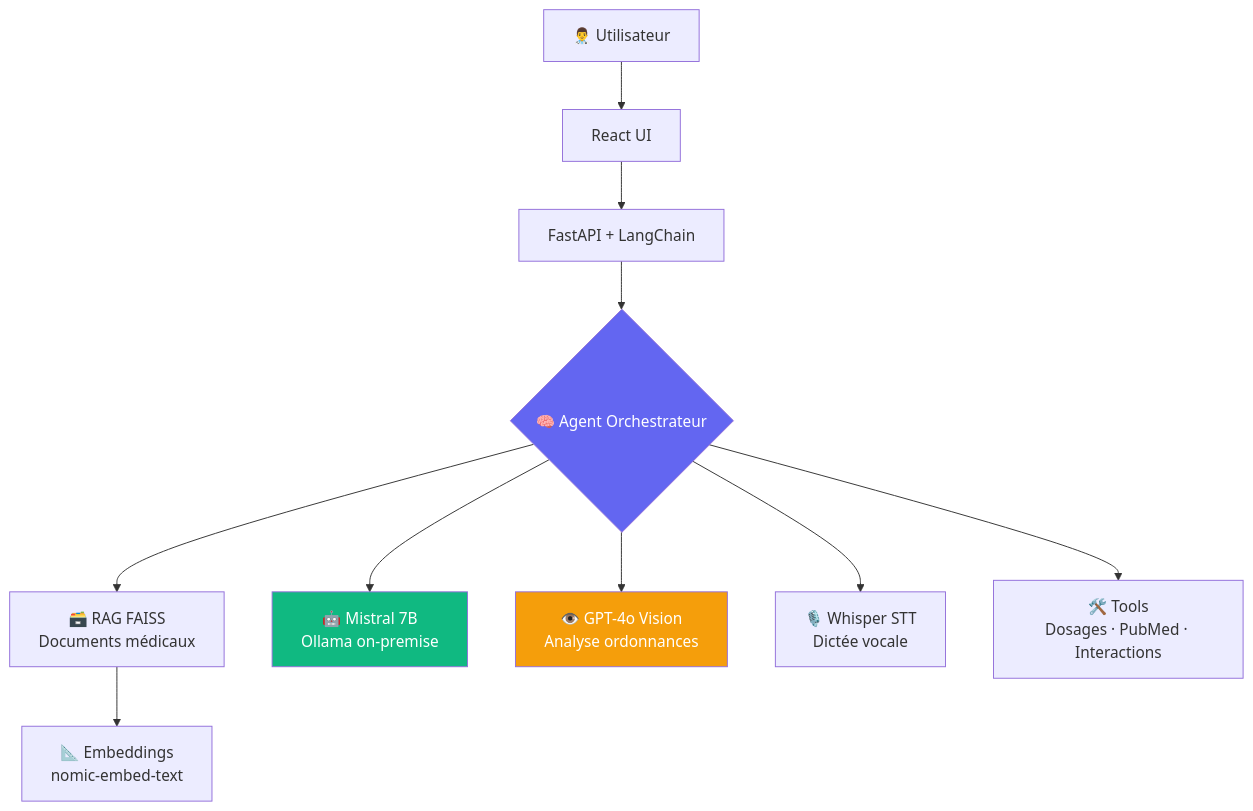
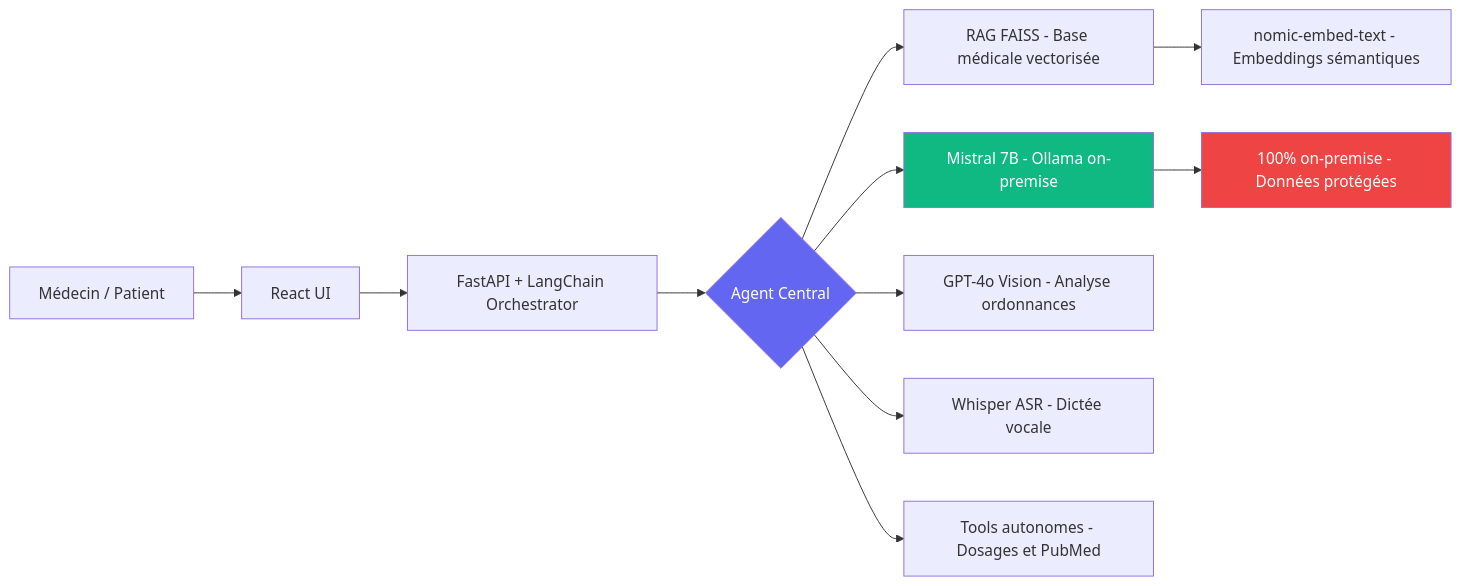
Before and after one commit to Altay55stage/Altay55stage: the second of 3 diagrams in README.md, drawn with Mermaid. The commit also changed other lines of this file, not shown here.

````diff
--- a/README.md
+++ b/README.md
@@ -83,16 +146,17 @@
 ```mermaid
-graph TB
-    U[👨‍⚕️ Utilisateur] --> UI[React UI]
-    UI --> API[FastAPI + LangChain]
-    API --> AGENT{🧠 Agent Orchestrateur}
-    AGENT --> RAG[🗃️ RAG FAISS\nDocuments médicaux]
-    AGENT --> LLM[🤖 Mistral 7B\nOllama on-premise]
-    AGENT --> VISION[👁️ GPT-4o Vision\nAnalyse ordonnances]
-    AGENT --> STT[🎙️ Whisper STT\nDictée vocale]
-    AGENT --> TOOLS[🛠️ Tools\nDosages · PubMed · Interactions]
-    RAG --> EMBED[📐 Embeddings\nnomic-embed-text]
-    
+graph LR
+    U[Médecin / Patient] --> UI[React UI]
+    UI --> API[FastAPI + LangChain Orchestrator]
+    API --> AGENT{Agent Central}
+    AGENT --> RAG[RAG FAISS - Base médicale vectorisée]
+    AGENT --> LLM[Mistral 7B - Ollama on-premise]
+    AGENT --> VIS[GPT-4o Vision - Analyse ordonnances]
+    AGENT --> STT[Whisper ASR - Dictée vocale]
+    AGENT --> TOOLS[Tools autonomes - Dosages et PubMed]
+    RAG --> EMB[nomic-embed-text - Embeddings sémantiques]
+    LLM --> PRIV[100% on-premise - Données protégées]
+
     style AGENT fill:#6366F1,color:#fff
     style LLM fill:#10B981,color:#fff
-    style VISION fill:#F59E0B,color:#fff
+    style PRIV fill:#EF4444,color:#fff
 ```
````
